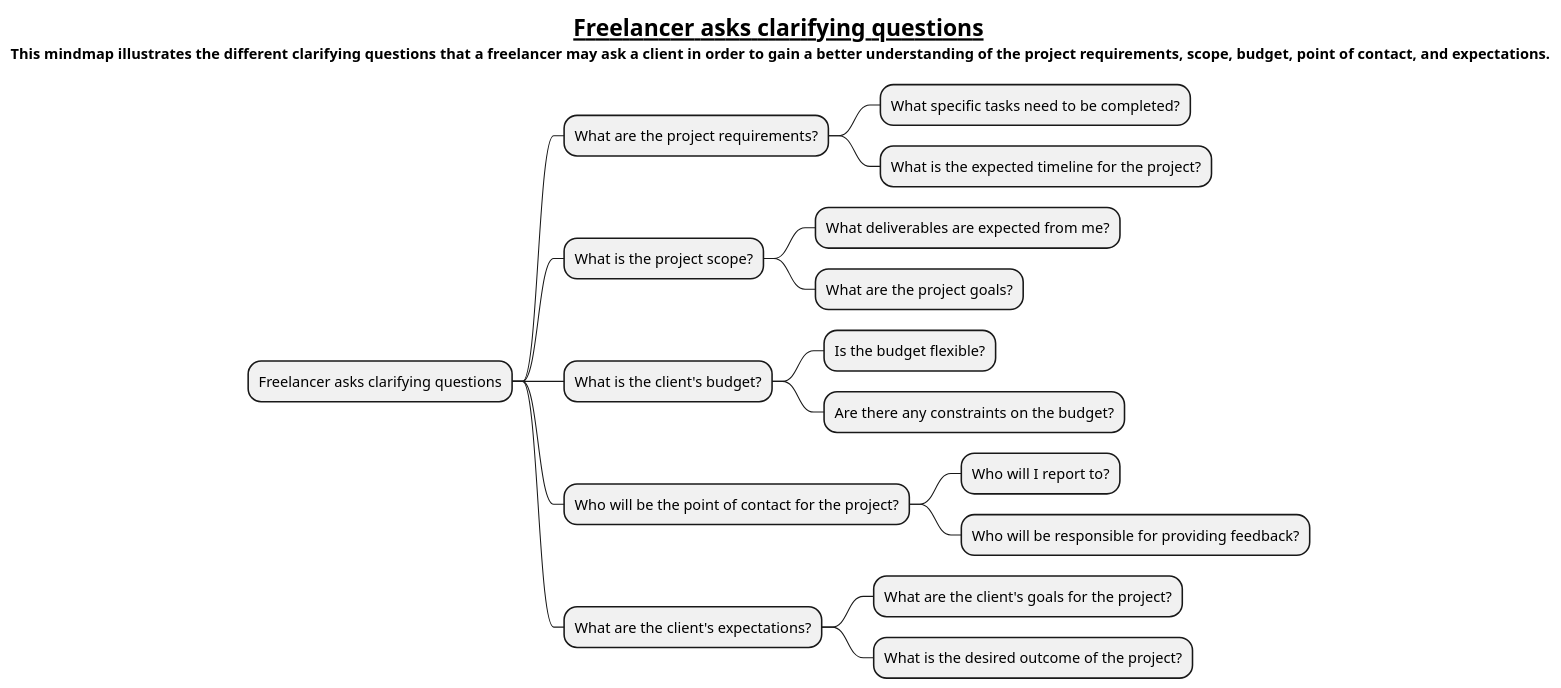
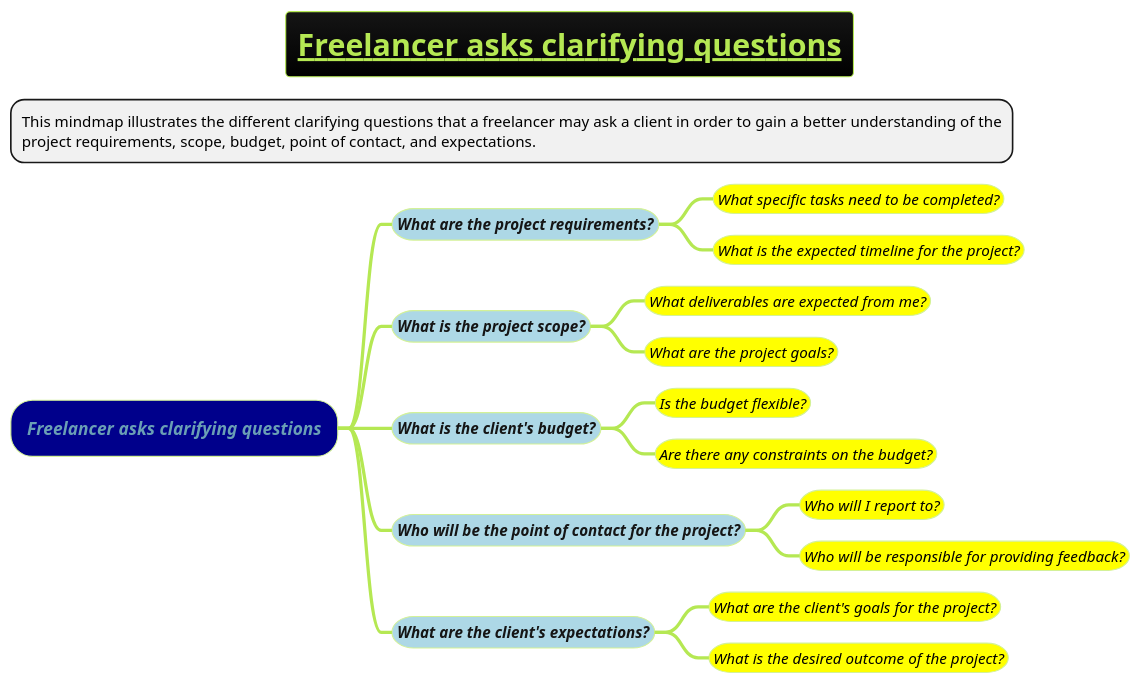
The diagram in docs/1-business-analyst/client-management/Freelancer-asks-clarifying-questions.puml (MehmoodHashmi/Documentation-as-Code-DaC), drawn with PlantUML before and after one commit. The commit also changed 1 other file, not shown here.

```diff
--- a/docs/1-business-analyst/client-management/Freelancer-asks-clarifying-questions.puml
+++ b/docs/1-business-analyst/client-management/Freelancer-asks-clarifying-questions.puml
@@ -1,25 +1,24 @@
 @startmindmap
-title = __Freelancer asks clarifying questions__ \n This mindmap illustrates the different clarifying questions that a freelancer may ask a client in order to gain a better understanding of the project requirements, scope, budget, point of contact, and expectations.
+title = __Freelancer asks clarifying questions__
 
+*:This mindmap illustrates the different clarifying questions that a freelancer may ask a client in order to gain a better understanding of the
+project requirements, scope, budget, point of contact, and expectations.;
+!theme hacker
 
-
-
-
-
-* Freelancer asks clarifying questions
-** What are the project requirements?
-*** What specific tasks need to be completed?
-*** What is the expected timeline for the project?
-** What is the project scope?
-*** What deliverables are expected from me?
-*** What are the project goals?
-** What is the client's budget?
-*** Is the budget flexible?
-*** Are there any constraints on the budget?
-** Who will be the point of contact for the project?
-*** Who will I report to?
-*** Who will be responsible for providing feedback?
-** What are the client's expectations?
-*** What are the client's goals for the project?
-*** What is the desired outcome of the project?
+*[#darkblue] <i>Freelancer asks clarifying questions
+**[#lightblue] <i><color #blac><size:14>What are the project requirements?
+***[#yellow] <i><color #black><size:14>What specific tasks need to be completed?
+***[#yellow] <i><color #black><size:14>What is the expected timeline for the project?
+**[#lightblue] <i><color #blac><size:14>What is the project scope?
+***[#yellow] <i><color #black><size:14>What deliverables are expected from me?
+***[#yellow] <i><color #black><size:14>What are the project goals?
+**[#lightblue] <i><color #blac><size:14>What is the client's budget?
+***[#yellow] <i><color #black><size:14>Is the budget flexible?
+***[#yellow] <i><color #black><size:14>Are there any constraints on the budget?
+**[#lightblue] <i><color #blac><size:14>Who will be the point of contact for the project?
+***[#yellow] <i><color #black><size:14>Who will I report to?
+***[#yellow] <i><color #black><size:14>Who will be responsible for providing feedback?
+**[#lightblue] <i><color #blac><size:14>What are the client's expectations?
+***[#yellow] <i><color #black><size:14>What are the client's goals for the project?
+***[#yellow] <i><color #black><size:14>What is the desired outcome of the project?
 @endmindmap
```
